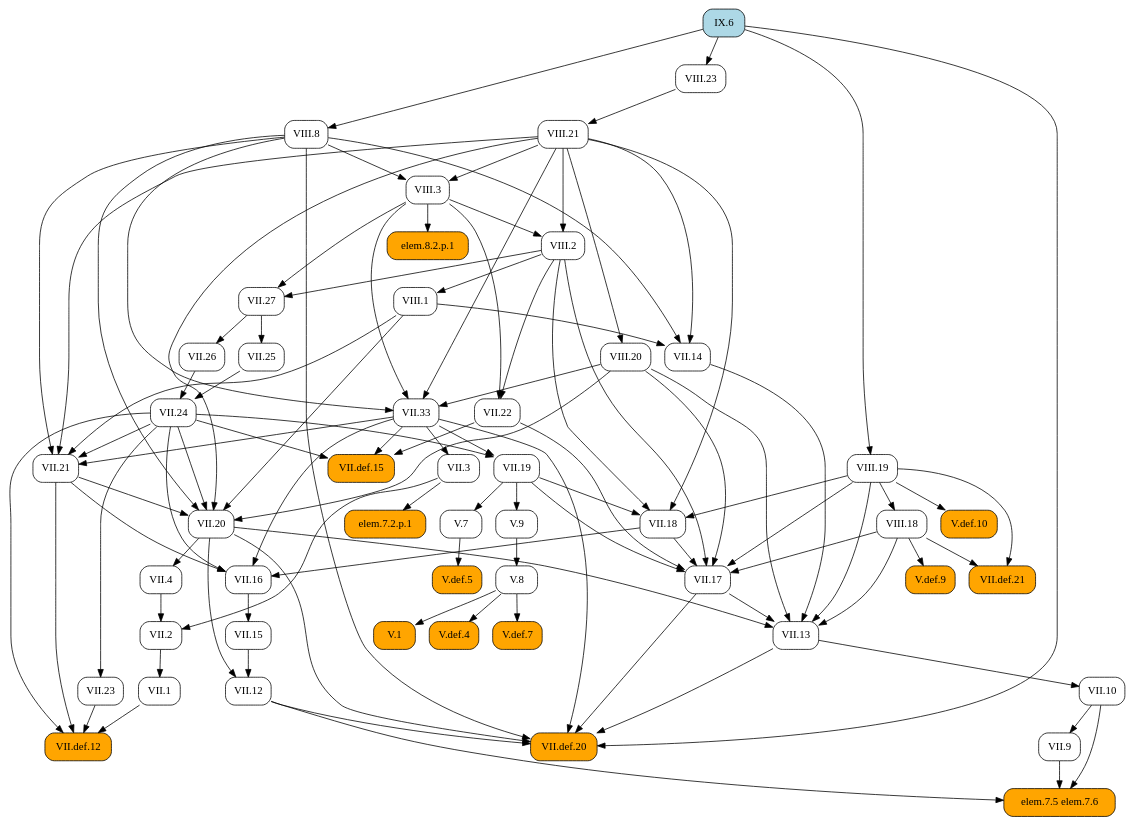
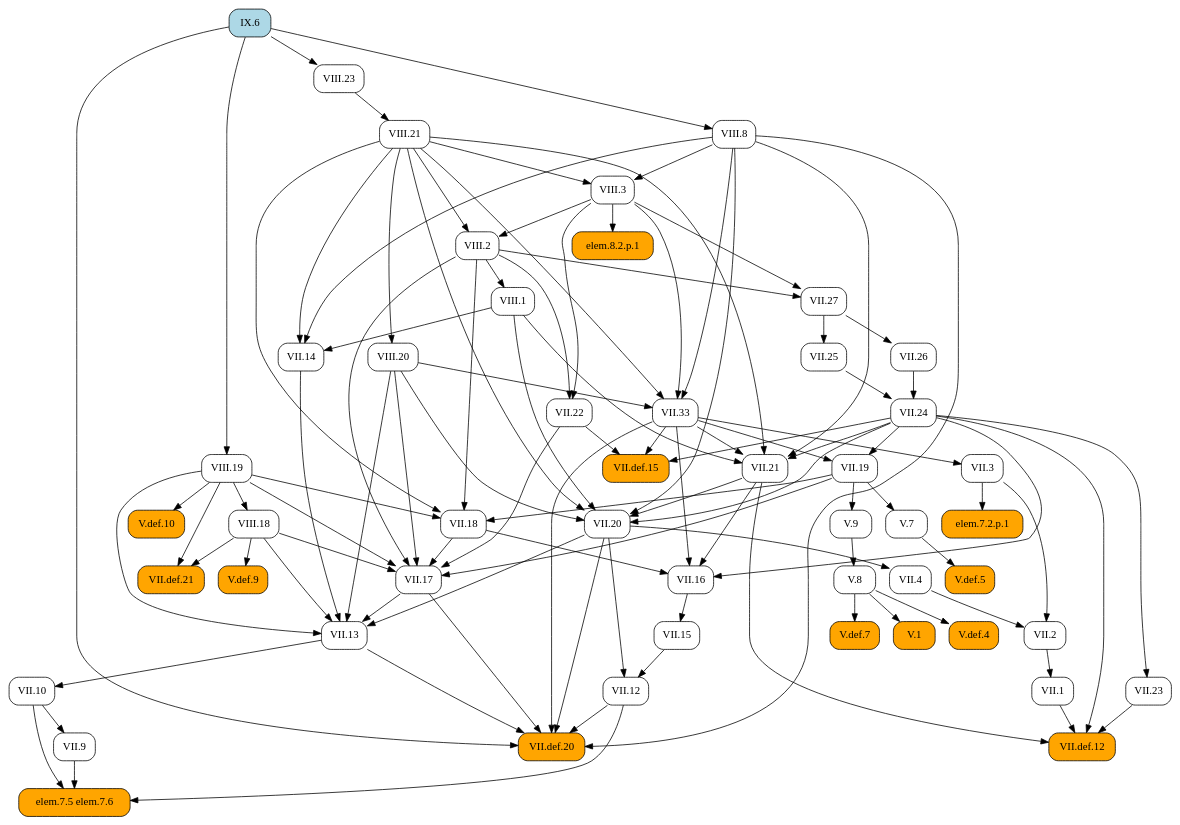
One commit to geometor/elements changed the diagram in docsrc/heath/IX/6/index.rst. Above: the diagram before and after it, drawn with Graphviz. The commit also changed other lines of this file and 1029 other files, not shown here.

```diff
--- a/docsrc/heath/IX/6/index.rst
+++ b/docsrc/heath/IX/6/index.rst
@@ -54,73 +54,105 @@
    digraph {
      rankdir="TB";
      node [shape=box, style=rounded];
-     "V.1" [style="rounded,filled", fillcolor=orange, URL="/heath/V/1/", target="_top"];
+     "VII.1" [URL="/heath/VII/1/", target="_top"];
+     "V.def.10" [style="rounded,filled", fillcolor=orange, URL="/heath/V/def.10/", target="_top"];
+     "VII.9" [URL="/heath/VII/9/", target="_top"];
+     "V.def.5" [style="rounded,filled", fillcolor=orange, URL="/heath/V/def.5/", target="_top"];
+     "VIII.23" [URL="/heath/VIII/23/", target="_top"];
+     "VII.17" [URL="/heath/VII/17/", target="_top"];
+     "VII.3" [URL="/heath/VII/3/", target="_top"];
+     "elem.7.5 elem.7.6" [style="rounded,filled", fillcolor=orange];
+     "VII.def.21" [style="rounded,filled", fillcolor=orange, URL="/heath/VII/def.21/", target="_top"];
      "VIII.21" [URL="/heath/VIII/21/", target="_top"];
+     "V.7" [URL="/heath/V/7/", target="_top"];
+     "VIII.19" [URL="/heath/VIII/19/", target="_top"];
+     "V.9" [URL="/heath/V/9/", target="_top"];
+     "VII.13" [URL="/heath/VII/13/", target="_top"];
+     "VII.2" [URL="/heath/VII/2/", target="_top"];
+     "VIII.1" [URL="/heath/VIII/1/", target="_top"];
+     "VIII.2" [URL="/heath/VIII/2/", target="_top"];
      "VII.12" [URL="/heath/VII/12/", target="_top"];
-     "VII.14" [URL="/heath/VII/14/", target="_top"];
-     "VII.13" [URL="/heath/VII/13/", target="_top"];
-     "VII.16" [URL="/heath/VII/16/", target="_top"];
-     "V.def.4" [style="rounded,filled", fillcolor=orange, URL="/heath/V/def.4/", target="_top"];
+     "VII.24" [URL="/heath/VII/24/", target="_top"];
+     "VII.def.12" [style="rounded,filled", fillcolor=orange, URL="/heath/VII/def.12/", target="_top"];
+     "V.8" [URL="/heath/V/8/", target="_top"];
+     "VII.33" [URL="/heath/VII/33/", target="_top"];
+     "V.def.9" [style="rounded,filled", fillcolor=orange, URL="/heath/V/def.9/", target="_top"];
+     "elem.7.2.p.1" [style="rounded,filled", fillcolor=orange];
+     "VIII.18" [URL="/heath/VIII/18/", target="_top"];
+     "VII.10" [URL="/heath/VII/10/", target="_top"];
      "VII.def.15" [style="rounded,filled", fillcolor=orange, URL="/heath/VII/def.15/", target="_top"];
      "VII.18" [URL="/heath/VII/18/", target="_top"];
-     "V.8" [URL="/heath/V/8/", target="_top"];
+     "VII.19" [URL="/heath/VII/19/", target="_top"];
+     "VII.16" [URL="/heath/VII/16/", target="_top"];
+     "VII.26" [URL="/heath/VII/26/", target="_top"];
+     "VII.4" [URL="/heath/VII/4/", target="_top"];
+     "VII.25" [URL="/heath/VII/25/", target="_top"];
      "VII.21" [URL="/heath/VII/21/", target="_top"];
+     "V.1" [style="rounded,filled", fillcolor=orange, URL="/heath/V/1/", target="_top"];
+     "IX.6" [style="rounded,filled", fillcolor=lightblue, URL="/heath/IX/6/", target="_top"];
+     "VII.20" [URL="/heath/VII/20/", target="_top"];
+     "VIII.8" [URL="/heath/VIII/8/", target="_top"];
+     "VII.14" [URL="/heath/VII/14/", target="_top"];
+     "VII.27" [URL="/heath/VII/27/", target="_top"];
+     "VIII.3" [URL="/heath/VIII/3/", target="_top"];
+     "V.def.4" [style="rounded,filled", fillcolor=orange, URL="/heath/V/def.4/", target="_top"];
+     "VII.22" [URL="/heath/VII/22/", target="_top"];
      "VIII.20" [URL="/heath/VIII/20/", target="_top"];
-     "V.7" [URL="/heath/V/7/", target="_top"];
-     "VII.def.12" [style="rounded,filled", fillcolor=orange, URL="/heath/VII/def.12/", target="_top"];
+     "V.def.7" [style="rounded,filled", fillcolor=orange, URL="/heath/V/def.7/", target="_top"];
+     "VII.23" [URL="/heath/VII/23/", target="_top"];
      "VII.15" [URL="/heath/VII/15/", target="_top"];
-     "IX.6" [style="rounded,filled", fillcolor=lightblue, URL="/heath/IX/6/", target="_top"];
-     "VIII.18" [URL="/heath/VIII/18/", target="_top"];
-     "VII.2" [URL="/heath/VII/2/", target="_top"];
      "VII.def.20" [style="rounded,filled", fillcolor=orange, URL="/heath/VII/def.20/", target="_top"];
-     "VII.3" [URL="/heath/VII/3/", target="_top"];
-     "elem.7.5 elem.7.6" [style="rounded,filled", fillcolor=orange];
      "elem.8.2.p.1" [style="rounded,filled", fillcolor=orange];
-     "VII.10" [URL="/heath/VII/10/", target="_top"];
-     "VIII.23" [URL="/heath/VIII/23/", target="_top"];
-     "V.def.7" [style="rounded,filled", fillcolor=orange, URL="/heath/V/def.7/", target="_top"];
-     "V.def.9" [style="rounded,filled", fillcolor=orange, URL="/heath/V/def.9/", target="_top"];
-     "VII.20" [URL="/heath/VII/20/", target="_top"];
-     "VIII.19" [URL="/heath/VIII/19/", target="_top"];
-     "V.def.10" [style="rounded,filled", fillcolor=orange, URL="/heath/V/def.10/", target="_top"];
-     "VII.9" [URL="/heath/VII/9/", target="_top"];
-     "VIII.1" [URL="/heath/VIII/1/", target="_top"];
-     "VII.25" [URL="/heath/VII/25/", target="_top"];
-     "VII.23" [URL="/heath/VII/23/", target="_top"];
-     "VIII.8" [URL="/heath/VIII/8/", target="_top"];
-     "VII.27" [URL="/heath/VII/27/", target="_top"];
-     "VIII.2" [URL="/heath/VIII/2/", target="_top"];
-     "VII.24" [URL="/heath/VII/24/", target="_top"];
-     "VIII.3" [URL="/heath/VIII/3/", target="_top"];
-     "VII.19" [URL="/heath/VII/19/", target="_top"];
-     "VII.4" [URL="/heath/VII/4/", target="_top"];
-     "elem.7.2.p.1" [style="rounded,filled", fillcolor=orange];
-     "V.9" [URL="/heath/V/9/", target="_top"];
-     "VII.26" [URL="/heath/VII/26/", target="_top"];
-     "VII.1" [URL="/heath/VII/1/", target="_top"];
-     "VII.22" [URL="/heath/VII/22/", target="_top"];
-     "VII.33" [URL="/heath/VII/33/", target="_top"];
-     "VII.def.21" [style="rounded,filled", fillcolor=orange, URL="/heath/VII/def.21/", target="_top"];
-     "V.def.5" [style="rounded,filled", fillcolor=orange, URL="/heath/V/def.5/", target="_top"];
-     "VII.17" [URL="/heath/VII/17/", target="_top"];
-     "V.8" -> "V.1";
+     "VII.2" -> "VII.1";
+     "VIII.19" -> "V.def.10";
+     "VII.10" -> "VII.9";
+     "V.7" -> "V.def.5";
+     "IX.6" -> "VIII.23";
+     "VII.18" -> "VII.17";
+     "VII.19" -> "VII.17";
+     "VII.22" -> "VII.17";
+     "VIII.2" -> "VII.17";
+     "VIII.18" -> "VII.17";
+     "VIII.19" -> "VII.17";
+     "VIII.20" -> "VII.17";
+     "VII.33" -> "VII.3";
+     "VII.9" -> "elem.7.5 elem.7.6";
+     "VII.10" -> "elem.7.5 elem.7.6";
+     "VII.12" -> "elem.7.5 elem.7.6";
+     "VIII.18" -> "VII.def.21";
+     "VIII.19" -> "VII.def.21";
      "VIII.23" -> "VIII.21";
-     "VII.15" -> "VII.12";
-     "VII.20" -> "VII.12";
-     "VIII.1" -> "VII.14";
-     "VIII.8" -> "VII.14";
-     "VIII.21" -> "VII.14";
+     "VII.19" -> "V.7";
+     "IX.6" -> "VIII.19";
+     "VII.19" -> "V.9";
      "VII.14" -> "VII.13";
      "VII.17" -> "VII.13";
      "VII.20" -> "VII.13";
      "VIII.18" -> "VII.13";
      "VIII.19" -> "VII.13";
      "VIII.20" -> "VII.13";
-     "VII.18" -> "VII.16";
-     "VII.21" -> "VII.16";
-     "VII.24" -> "VII.16";
-     "VII.33" -> "VII.16";
-     "V.8" -> "V.def.4";
+     "VII.3" -> "VII.2";
+     "VII.4" -> "VII.2";
+     "VIII.2" -> "VIII.1";
+     "VIII.3" -> "VIII.2";
+     "VIII.21" -> "VIII.2";
+     "VII.15" -> "VII.12";
+     "VII.20" -> "VII.12";
+     "VII.25" -> "VII.24";
+     "VII.26" -> "VII.24";
+     "VII.1" -> "VII.def.12";
+     "VII.21" -> "VII.def.12";
+     "VII.23" -> "VII.def.12";
+     "VII.24" -> "VII.def.12";
+     "V.9" -> "V.8";
+     "VIII.3" -> "VII.33";
+     "VIII.8" -> "VII.33";
+     "VIII.20" -> "VII.33";
+     "VIII.21" -> "VII.33";
+     "VIII.18" -> "V.def.9";
+     "VII.3" -> "elem.7.2.p.1";
+     "VIII.19" -> "VIII.18";
+     "VII.13" -> "VII.10";
      "VII.22" -> "VII.def.15";
      "VII.24" -> "VII.def.15";
      "VII.33" -> "VII.def.15";
@@ -128,22 +160,42 @@
      "VIII.2" -> "VII.18";
      "VIII.19" -> "VII.18";
      "VIII.21" -> "VII.18";
-     "V.9" -> "V.8";
+     "VII.24" -> "VII.19";
+     "VII.33" -> "VII.19";
+     "VII.18" -> "VII.16";
+     "VII.21" -> "VII.16";
+     "VII.24" -> "VII.16";
+     "VII.33" -> "VII.16";
+     "VII.27" -> "VII.26";
+     "VII.20" -> "VII.4";
+     "VII.27" -> "VII.25";
      "VII.24" -> "VII.21";
      "VII.33" -> "VII.21";
      "VIII.1" -> "VII.21";
      "VIII.8" -> "VII.21";
      "VIII.21" -> "VII.21";
+     "V.8" -> "V.1";
+     "VII.21" -> "VII.20";
+     "VII.24" -> "VII.20";
+     "VIII.1" -> "VII.20";
+     "VIII.8" -> "VII.20";
+     "VIII.20" -> "VII.20";
+     "VIII.21" -> "VII.20";
+     "IX.6" -> "VIII.8";
+     "VIII.1" -> "VII.14";
+     "VIII.8" -> "VII.14";
+     "VIII.21" -> "VII.14";
+     "VIII.2" -> "VII.27";
+     "VIII.3" -> "VII.27";
+     "VIII.8" -> "VIII.3";
+     "VIII.21" -> "VIII.3";
+     "V.8" -> "V.def.4";
+     "VIII.2" -> "VII.22";
+     "VIII.3" -> "VII.22";
      "VIII.21" -> "VIII.20";
-     "VII.19" -> "V.7";
-     "VII.1" -> "VII.def.12";
-     "VII.21" -> "VII.def.12";
-     "VII.23" -> "VII.def.12";
-     "VII.24" -> "VII.def.12";
+     "V.8" -> "V.def.7";
+     "VII.24" -> "VII.23";
      "VII.16" -> "VII.15";
-     "VIII.19" -> "VIII.18";
-     "VII.3" -> "VII.2";
-     "VII.4" -> "VII.2";
      "VII.12" -> "VII.def.20";
      "VII.13" -> "VII.def.20";
      "VII.17" -> "VII.def.20";
@@ -151,57 +203,5 @@
      "VII.33" -> "VII.def.20";
      "VIII.8" -> "VII.def.20";
      "IX.6" -> "VII.def.20";
-     "VII.33" -> "VII.3";
-     "VII.9" -> "elem.7.5 elem.7.6";
-     "VII.10" -> "elem.7.5 elem.7.6";
-     "VII.12" -> "elem.7.5 elem.7.6";
      "VIII.3" -> "elem.8.2.p.1";
-     "VII.13" -> "VII.10";
-     "IX.6" -> "VIII.23";
-     "V.8" -> "V.def.7";
-     "VIII.18" -> "V.def.9";
-     "VII.21" -> "VII.20";
-     "VII.24" -> "VII.20";
-     "VIII.1" -> "VII.20";
-     "VIII.8" -> "VII.20";
-     "VIII.20" -> "VII.20";
-     "VIII.21" -> "VII.20";
-     "IX.6" -> "VIII.19";
-     "VIII.19" -> "V.def.10";
-     "VII.10" -> "VII.9";
-     "VIII.2" -> "VIII.1";
-     "VII.27" -> "VII.25";
-     "VII.24" -> "VII.23";
-     "IX.6" -> "VIII.8";
-     "VIII.2" -> "VII.27";
-     "VIII.3" -> "VII.27";
-     "VIII.3" -> "VIII.2";
-     "VIII.21" -> "VIII.2";
-     "VII.25" -> "VII.24";
-     "VII.26" -> "VII.24";
-     "VIII.8" -> "VIII.3";
-     "VIII.21" -> "VIII.3";
-     "VII.24" -> "VII.19";
-     "VII.33" -> "VII.19";
-     "VII.20" -> "VII.4";
-     "VII.3" -> "elem.7.2.p.1";
-     "VII.19" -> "V.9";
-     "VII.27" -> "VII.26";
-     "VII.2" -> "VII.1";
-     "VIII.2" -> "VII.22";
-     "VIII.3" -> "VII.22";
-     "VIII.3" -> "VII.33";
-     "VIII.8" -> "VII.33";
-     "VIII.20" -> "VII.33";
-     "VIII.21" -> "VII.33";
-     "VIII.18" -> "VII.def.21";
-     "VIII.19" -> "VII.def.21";
-     "V.7" -> "V.def.5";
-     "VII.18" -> "VII.17";
-     "VII.19" -> "VII.17";
-     "VII.22" -> "VII.17";
-     "VIII.2" -> "VII.17";
-     "VIII.18" -> "VII.17";
-     "VIII.19" -> "VII.17";
-     "VIII.20" -> "VII.17";
    }
```
